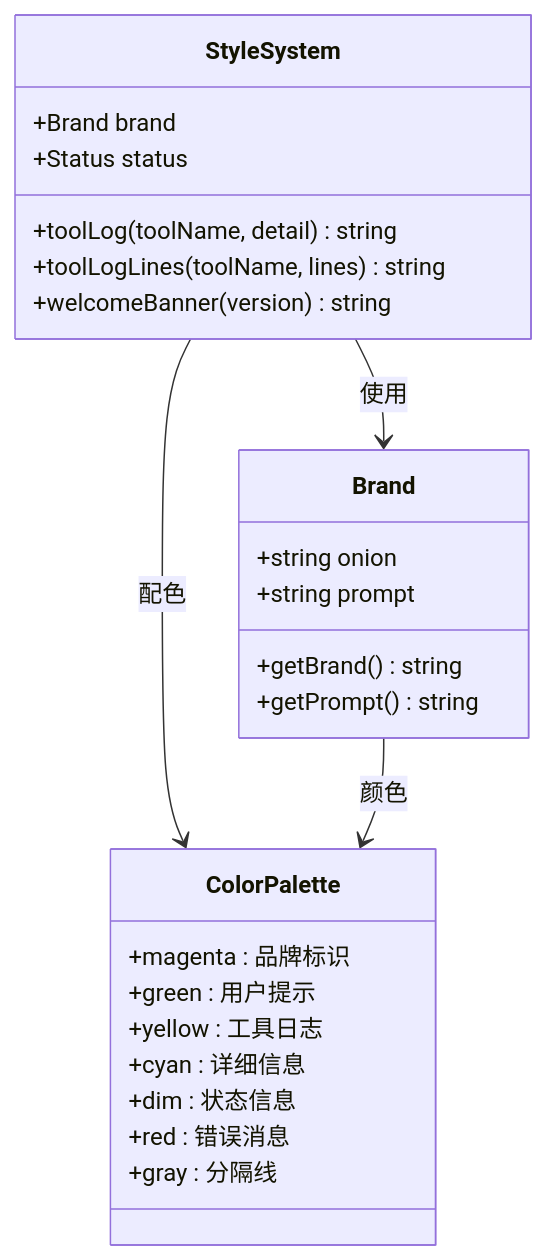
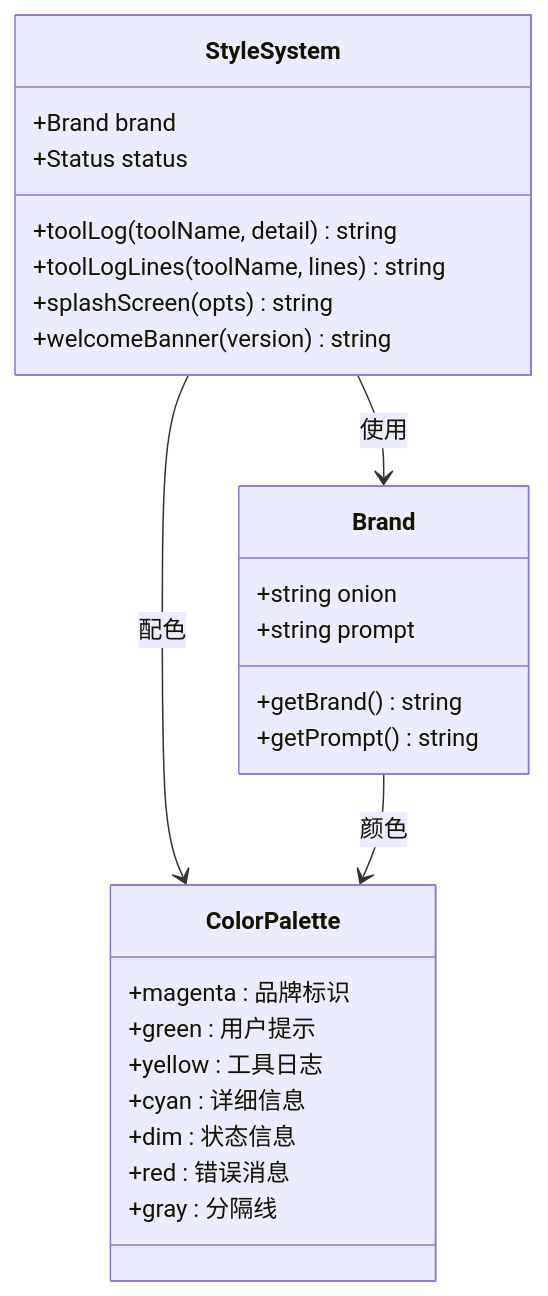
One commit to HAOFUYANG/onion-code changed the third of 7 diagrams in .qoder/repowiki/zh/content/核心代理系统/样式系统.md. Above: the diagram before and after it, drawn with Mermaid. The commit also changed other lines of this file and 3 other files, not shown here.

````diff
--- a/.qoder/repowiki/zh/content/核心代理系统/样式系统.md
+++ b/.qoder/repowiki/zh/content/核心代理系统/样式系统.md
@@ -159,28 +171,29 @@
 ```mermaid
 classDiagram
 class Brand {
 +string onion
 +string prompt
 +getBrand() string
 +getPrompt() string
 }
 class StyleSystem {
 +Brand brand
 +Status status
 +toolLog(toolName, detail) string
 +toolLogLines(toolName, lines) string
++splashScreen(opts) string
 +welcomeBanner(version) string
 }
 class ColorPalette {
 +magenta : 品牌标识
 +green : 用户提示
 +yellow : 工具日志
 +cyan : 详细信息
 +dim : 状态信息
 +red : 错误消息
 +gray : 分隔线
 }
 StyleSystem --> Brand : 使用
 StyleSystem --> ColorPalette : 配色
 Brand --> ColorPalette : 颜色
 ```
````
